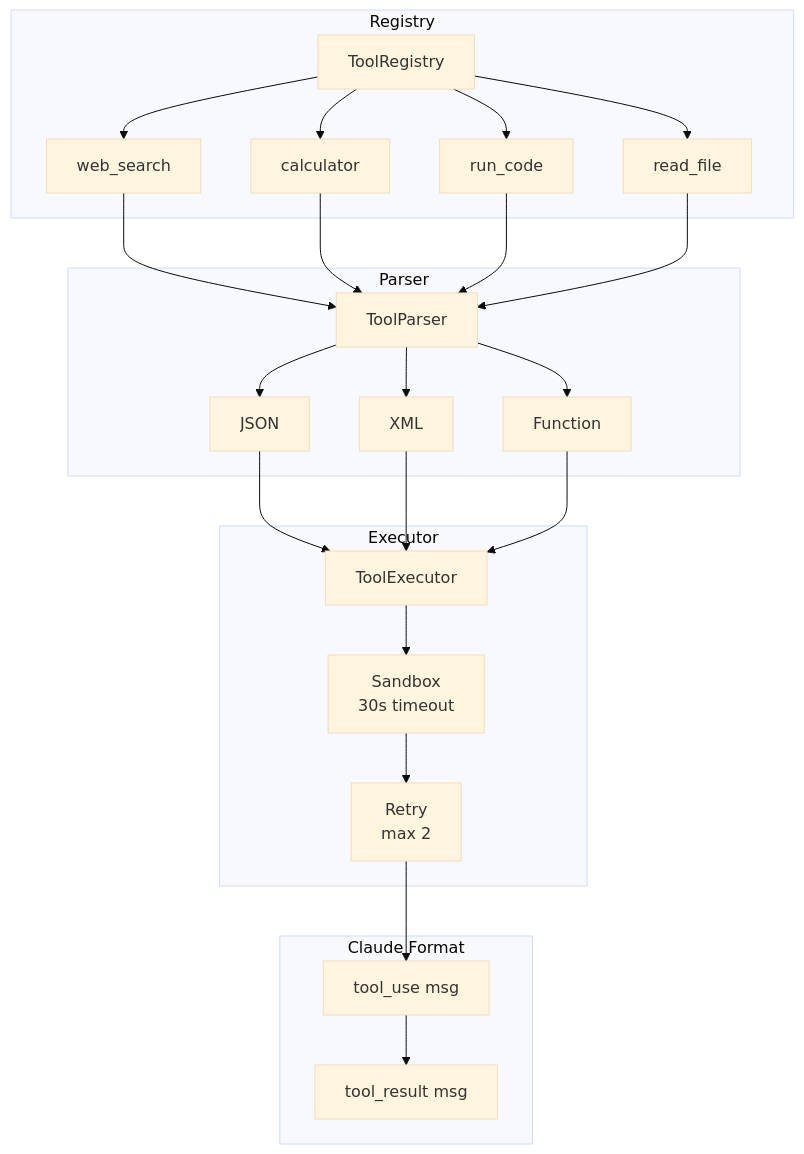
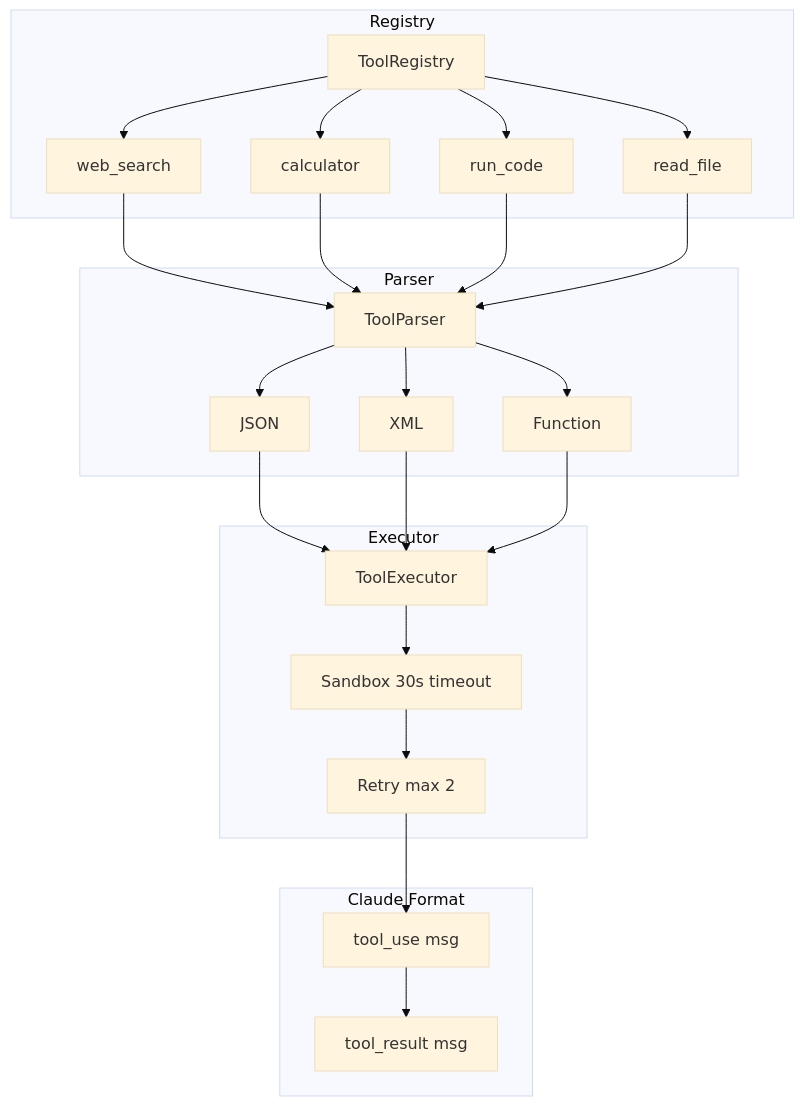
The seventh of 14 diagrams in README.md (rbkhan007/Photato-Phi-3-Custom-Model), drawn with Mermaid (base theme) before and after one commit. The commit also changed other lines of this file, not shown here.

Commit message:
fix Training Pipeline mermaid diagram rendering

````diff
--- a/README.md
+++ b/README.md
@@ -636,34 +669,47 @@
 ```mermaid
 flowchart TB
     subgraph Registry
         TR["ToolRegistry"]
         T1["web_search"]
         T2["calculator"]
         T3["run_code"]
         T4["read_file"]
     end
     
     subgraph Parser
         TP["ToolParser"]
         J1["JSON"]
         J2["XML"]
         J3["Function"]
     end
     
     subgraph Executor
         TE["ToolExecutor"]
-        SB["Sandbox<br/>30s timeout"]
-        RETRY["Retry<br/>max 2"]
+        SB["Sandbox 30s timeout"]
+        RETRY["Retry max 2"]
     end
     
-    subgraph Claude Format
+    subgraph ClaudeFormat[Claude Format]
         CU["tool_use msg"]
         CR["tool_result msg"]
     end
     
-    TR --> T1 & T2 & T3 & T4
-    T1 & T2 & T3 & T4 --> TP
-    TP --> J1 & J2 & J3
-    J1 & J2 & J3 --> TE
-    TE --> SB --> RETRY --> CU --> CR
+    TR --> T1
+    TR --> T2
+    TR --> T3
+    TR --> T4
+    T1 --> TP
+    T2 --> TP
+    T3 --> TP
+    T4 --> TP
+    TP --> J1
+    TP --> J2
+    TP --> J3
+    J1 --> TE
+    J2 --> TE
+    J3 --> TE
+    TE --> SB
+    SB --> RETRY
+    RETRY --> CU
+    CU --> CR
 ```
````
